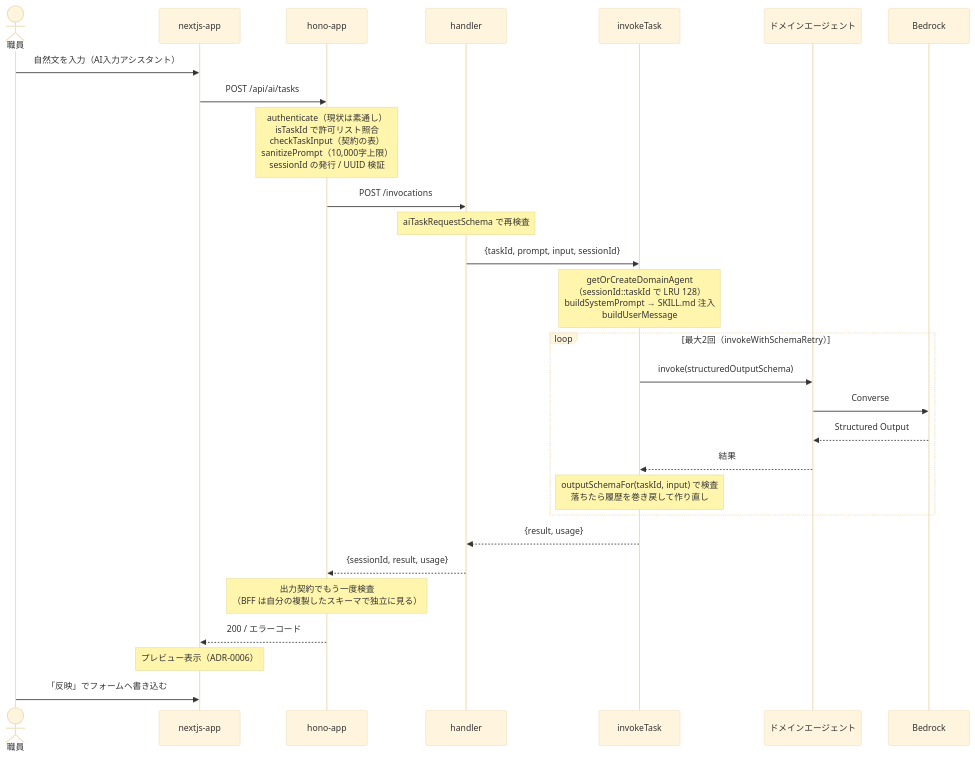
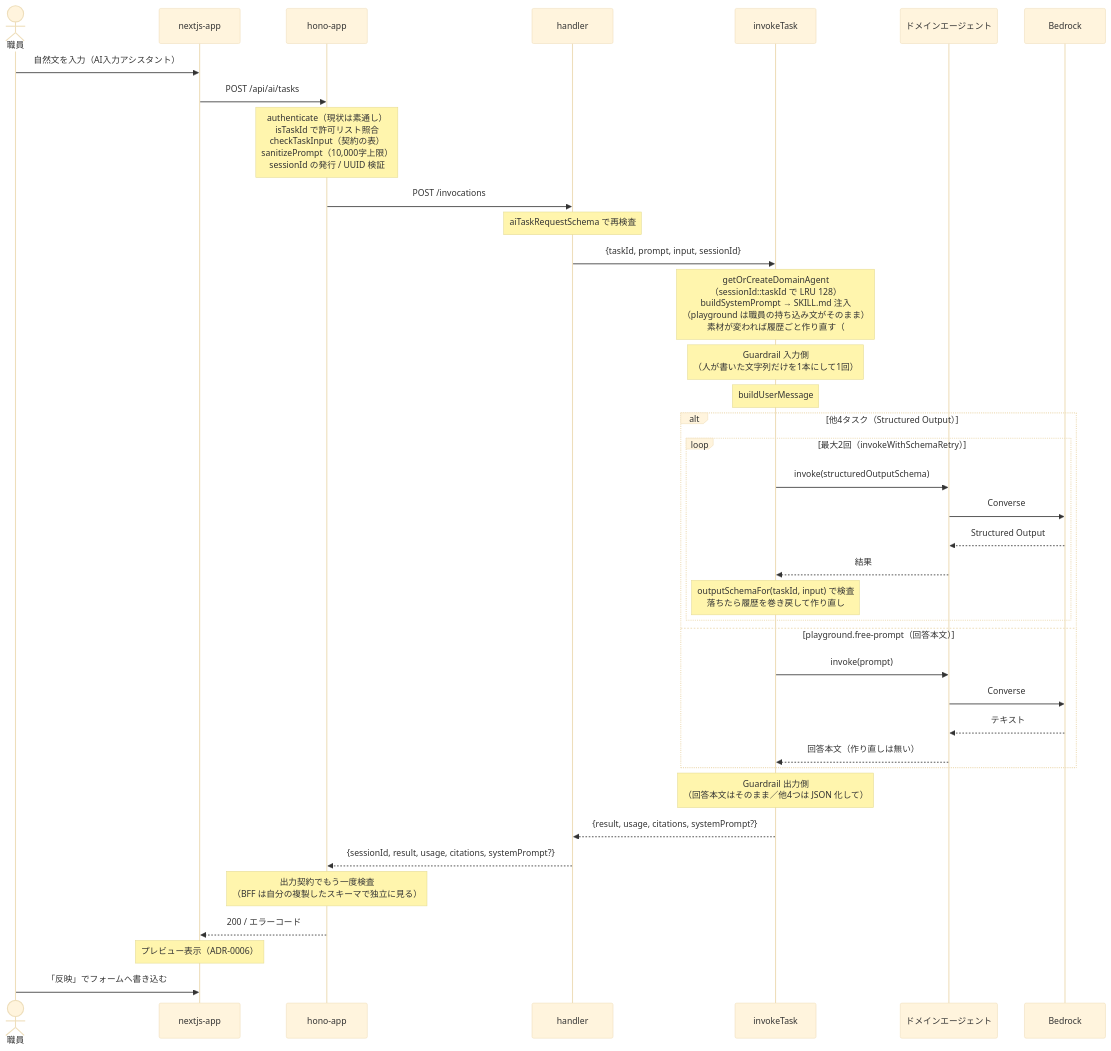
Before and after one commit to ag-ke-nakamura/form-echo-agent: the second of 9 diagrams in docs/architecture.md, drawn with Mermaid (base theme). The commit also changed other lines of this file and 6 other files, not shown here.

````diff
--- a/docs/architecture.md
+++ b/docs/architecture.md
@@ -46,36 +72,47 @@
 ```mermaid
 sequenceDiagram
     actor Staff as 職員
     participant UI as nextjs-app
     participant BFF as hono-app
     participant H as handler
     participant IT as invokeTask
     participant AG as ドメインエージェント
     participant BR as Bedrock
 
     Staff->>UI: 自然文を入力（AI入力アシスタント）
     UI->>BFF: POST /api/ai/tasks
 
     Note over BFF: authenticate（現状は素通し）<br/>isTaskId で許可リスト照合<br/>checkTaskInput（契約の表）<br/>sanitizePrompt（10,000字上限）<br/>sessionId の発行 / UUID 検証
 
     BFF->>H: POST /invocations
     Note over H: aiTaskRequestSchema で再検査
 
     H->>IT: {taskId, prompt, input, sessionId}
-    Note over IT: getOrCreateDomainAgent<br/>（sessionId::taskId で LRU 128）<br/>buildSystemPrompt → SKILL.md 注入<br/>buildUserMessage
+    Note over IT: getOrCreateDomainAgent<br/>（sessionId::taskId で LRU 128）<br/>buildSystemPrompt → SKILL.md 注入<br/>（playground は職員の持ち込み文がそのまま）<br/>素材が変われば履歴ごと作り直す（#204）
+    Note over IT: Guardrail 入力側<br/>（人が書いた文字列だけを1本にして1回）
+    Note over IT: buildUserMessage
 
-    loop 最大2回（invokeWithSchemaRetry）
-        IT->>AG: invoke(structuredOutputSchema)
+    alt 他4タスク（Structured Output）
+        loop 最大2回（invokeWithSchemaRetry）
+            IT->>AG: invoke(structuredOutputSchema)
+            AG->>BR: Converse
+            BR-->>AG: Structured Output
+            AG-->>IT: 結果
+            Note over IT: outputSchemaFor(taskId, input) で検査<br/>落ちたら履歴を巻き戻して作り直し
+        end
+    else playground.free-prompt（回答本文）
+        IT->>AG: invoke(prompt)
         AG->>BR: Converse
-        BR-->>AG: Structured Output
-        AG-->>IT: 結果
-        Note over IT: outputSchemaFor(taskId, input) で検査<br/>落ちたら履歴を巻き戻して作り直し
+        BR-->>AG: テキスト
+        AG-->>IT: 回答本文（作り直しは無い）
     end
 
-    IT-->>H: {result, usage}
-    H-->>BFF: {sessionId, result, usage}
+    Note over IT: Guardrail 出力側<br/>（回答本文はそのまま／他4つは JSON 化して）
+
+    IT-->>H: {result, usage, citations, systemPrompt?}
+    H-->>BFF: {sessionId, result, usage, citations, systemPrompt?}
     Note over BFF: 出力契約でもう一度検査<br/>（BFF は自分の複製したスキーマで独立に見る）
     BFF-->>UI: 200 / エラーコード
     Note over UI: プレビュー表示（ADR-0006）
     Staff->>UI: 「反映」でフォームへ書き込む
 ```
````
